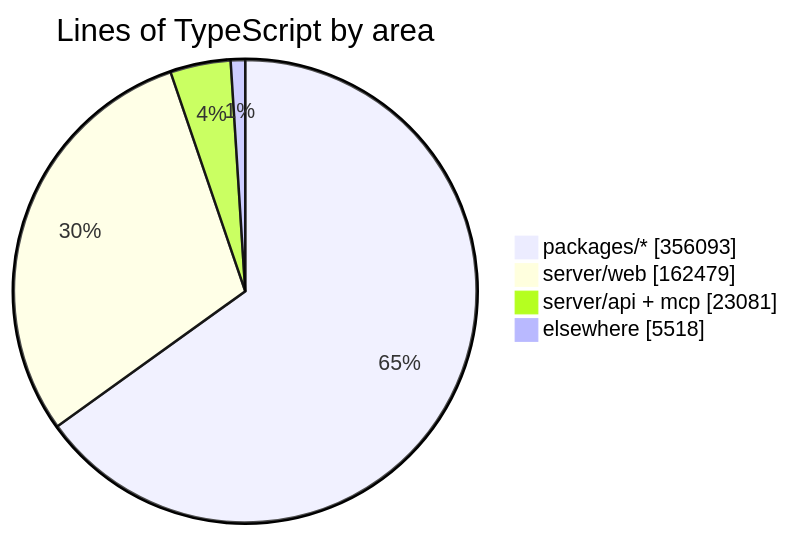
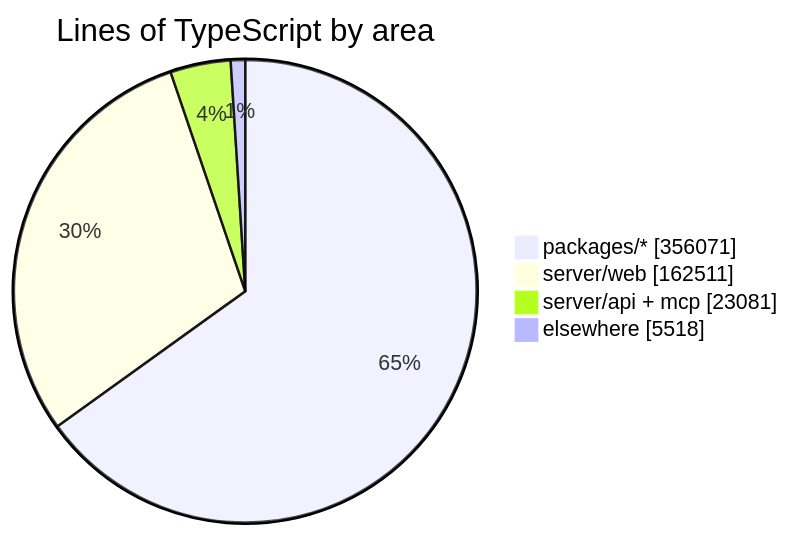
Before and after one commit to crossworks-engineering/mantle: the diagram in README.md, drawn with Mermaid. The commit also changed other lines of this file and 2 other files, not shown here.

````diff
--- a/README.md
+++ b/README.md
@@ -294,7 +294,7 @@
 ```mermaid
 pie showData title Lines of TypeScript by area
-    "packages/*" : 356093
-    "server/web" : 162479
+    "packages/*" : 356071
+    "server/web" : 162511
     "server/api + mcp" : 23081
     "elsewhere" : 5518
 ```
````
